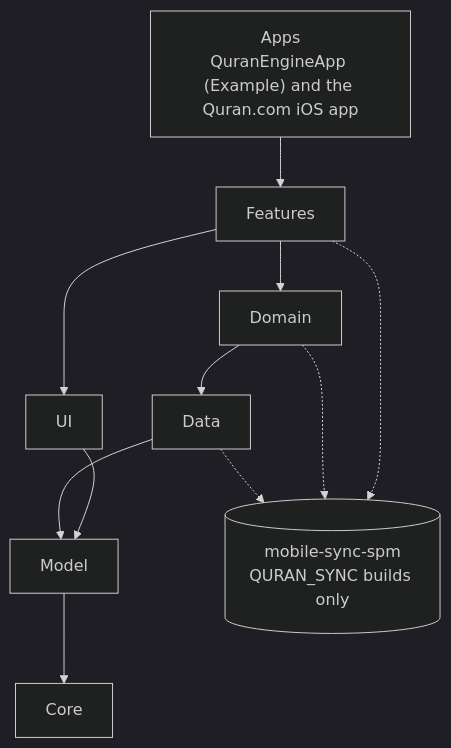
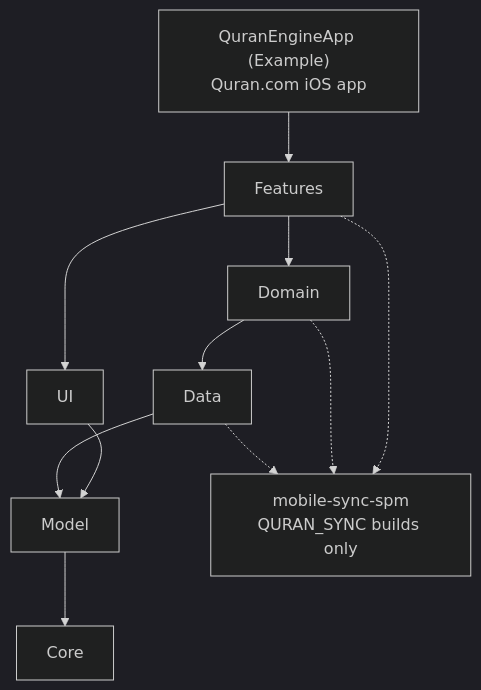
One commit to quran/quran-ios changed the diagram in README.md. Above: the diagram before and after it, drawn with Mermaid (dark theme).

Commit message:
docs: shorten the architecture diagram labels
The apps label wrapped onto five lines, and the cylinder node broke
mobile-sync-spm at its hyphen.

````diff
--- a/README.md
+++ b/README.md
@@ -83,13 +83,13 @@
 ```mermaid
 flowchart TD
-    Apps["Apps<br>QuranEngineApp (Example) and the Quran.com iOS app"] --> Features
+    Apps["QuranEngineApp (Example)<br>Quran.com iOS app"] --> Features
     Features --> Domain
     Features --> UI
     Domain --> Data
     Data --> Model
     UI --> Model
     Model --> Core
-    Data -.-> Sync[("mobile-sync-spm<br>QURAN_SYNC builds only")]
+    Data -.-> Sync["mobile-sync-spm<br>QURAN_SYNC builds only"]
     Domain -.-> Sync
     Features -.-> Sync
 ```
````
